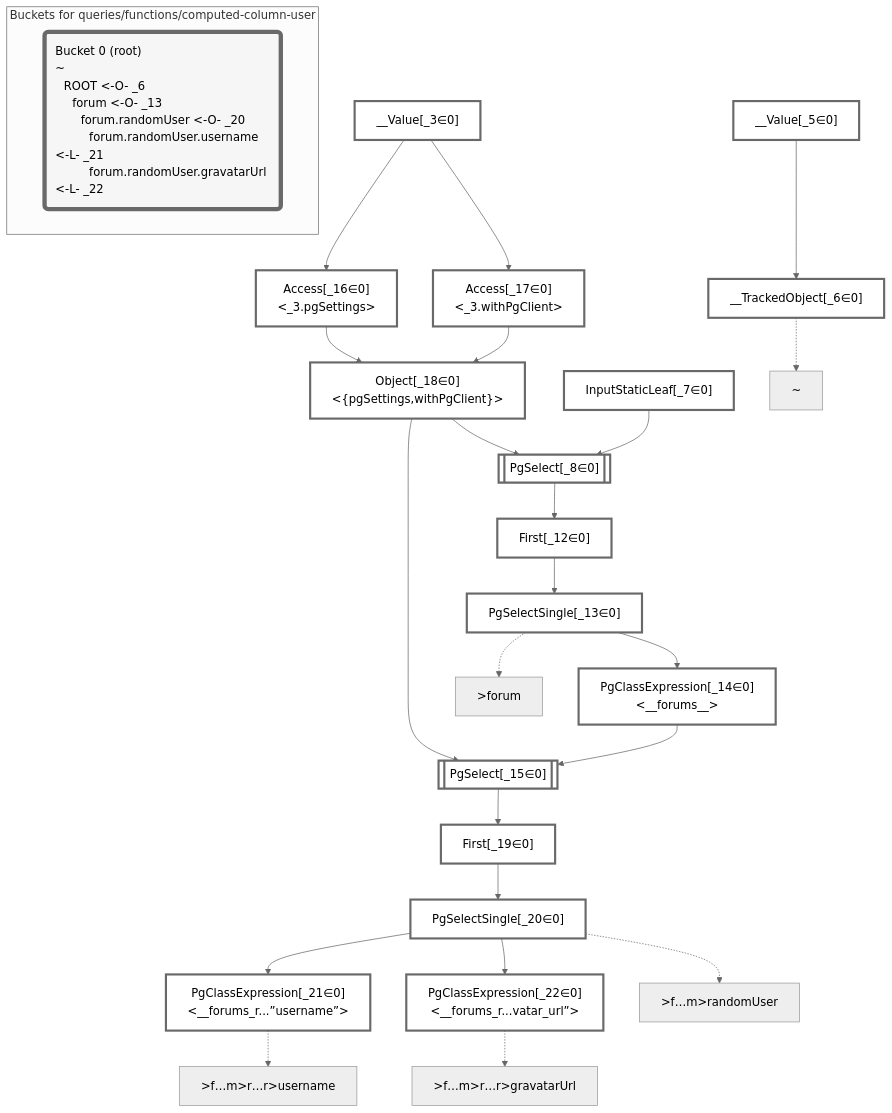
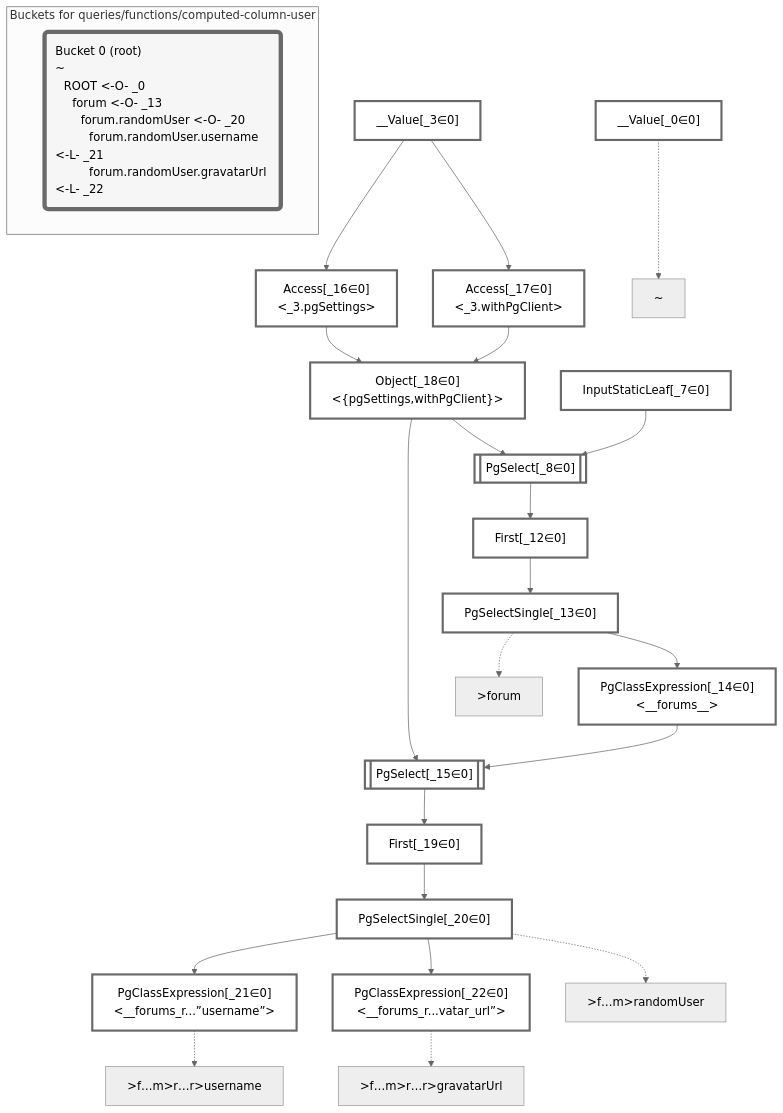
One commit to graphile/crystal changed the diagram in packages/dataplan-pg/__tests__/queries/functions/computed-column-user.deopt.mermaid.md. Above: the diagram before and after it, drawn with Mermaid (neutral theme). The commit also changed 193 other files, not shown here.

Commit message:
Update test plan snapshots with new root plan

````diff
--- a/packages/dataplan-pg/__tests__/queries/functions/computed-column-user.deopt.mermaid.md
+++ b/packages/dataplan-pg/__tests__/queries/functions/computed-column-user.deopt.mermaid.md
@@ -1,66 +1,64 @@
 ```mermaid
 graph TD
     classDef path fill:#eee,stroke:#000,color:#000
     classDef plan fill:#fff,stroke-width:3px,color:#000
     classDef itemplan fill:#fff,stroke-width:6px,color:#000
     classDef sideeffectplan fill:#f00,stroke-width:6px,color:#000
     classDef bucket fill:#f6f6f6,color:#000,stroke-width:6px,text-align:left
 
 
     %% define plans
+    __Value_0["__Value[_0∈0]"]:::plan
     __Value_3["__Value[_3∈0]<br /><context>"]:::plan
-    __Value_5["__Value[_5∈0]<br /><rootValue>"]:::plan
-    __TrackedObject_6["__TrackedObject[_6∈0]"]:::plan
     InputStaticLeaf_7["InputStaticLeaf[_7∈0]"]:::plan
     PgSelect_8[["PgSelect[_8∈0]<br /><forums>"]]:::plan
     First_12["First[_12∈0]"]:::plan
     PgSelectSingle_13["PgSelectSingle[_13∈0]<br /><forums>"]:::plan
     PgClassExpression_14["PgClassExpression[_14∈0]<br /><__forums__>"]:::plan
     PgSelect_15[["PgSelect[_15∈0]<br /><forums_random_user>"]]:::plan
     Access_16["Access[_16∈0]<br /><_3.pgSettings>"]:::plan
     Access_17["Access[_17∈0]<br /><_3.withPgClient>"]:::plan
     Object_18["Object[_18∈0]<br /><{pgSettings,withPgClient}>"]:::plan
     First_19["First[_19∈0]"]:::plan
     PgSelectSingle_20["PgSelectSingle[_20∈0]<br /><users>"]:::plan
     PgClassExpression_21["PgClassExpression[_21∈0]<br /><__forums_r...”username”>"]:::plan
     PgClassExpression_22["PgClassExpression[_22∈0]<br /><__forums_r...vatar_url”>"]:::plan
 
     %% plan dependencies
-    __Value_5 --> __TrackedObject_6
     Object_18 --> PgSelect_8
     InputStaticLeaf_7 --> PgSelect_8
     PgSelect_8 --> First_12
     First_12 --> PgSelectSingle_13
     PgSelectSingle_13 --> PgClassExpression_14
     Object_18 --> PgSelect_15
     PgClassExpression_14 --> PgSelect_15
     __Value_3 --> Access_16
     __Value_3 --> Access_17
     Access_16 --> Object_18
     Access_17 --> Object_18
     PgSelect_15 --> First_19
     First_19 --> PgSelectSingle_20
     PgSelectSingle_20 --> PgClassExpression_21
     PgSelectSingle_20 --> PgClassExpression_22
 
     %% plan-to-path relationships
-    P_6["~"]
-    __TrackedObject_6 -.-> P_6
+    P_0["~"]
+    __Value_0 -.-> P_0
     P_13[">forum"]
     PgSelectSingle_13 -.-> P_13
     P_20[">f…m>randomUser"]
     PgSelectSingle_20 -.-> P_20
     P_21[">f…m>r…r>username"]
     PgClassExpression_21 -.-> P_21
     P_22[">f…m>r…r>gravatarUrl"]
     PgClassExpression_22 -.-> P_22
 
     %% allocate buckets
     classDef bucket0 stroke:#696969
-    class __Value_3,__Value_5,__TrackedObject_6,InputStaticLeaf_7,PgSelect_8,First_12,PgSelectSingle_13,PgClassExpression_14,PgSelect_15,Access_16,Access_17,Object_18,First_19,PgSelectSingle_20,PgClassExpression_21,PgClassExpression_22 bucket0
+    class __Value_0,__Value_3,InputStaticLeaf_7,PgSelect_8,First_12,PgSelectSingle_13,PgClassExpression_14,PgSelect_15,Access_16,Access_17,Object_18,First_19,PgSelectSingle_20,PgClassExpression_21,PgClassExpression_22 bucket0
 
     subgraph "Buckets for queries/functions/computed-column-user"
-    Bucket0("Bucket 0 (root)<br />~<br />⠀ROOT <-O- _6<br />⠀⠀forum <-O- _13<br />⠀⠀⠀forum.randomUser <-O- _20<br />⠀⠀⠀⠀forum.randomUser.username <-L- _21<br />⠀⠀⠀⠀forum.randomUser.gravatarUrl <-L- _22"):::bucket
+    Bucket0("Bucket 0 (root)<br />~<br />⠀ROOT <-O- _0<br />⠀⠀forum <-O- _13<br />⠀⠀⠀forum.randomUser <-O- _20<br />⠀⠀⠀⠀forum.randomUser.username <-L- _21<br />⠀⠀⠀⠀forum.randomUser.gravatarUrl <-L- _22"):::bucket
     style Bucket0 stroke:#696969
     end
 ```
````
